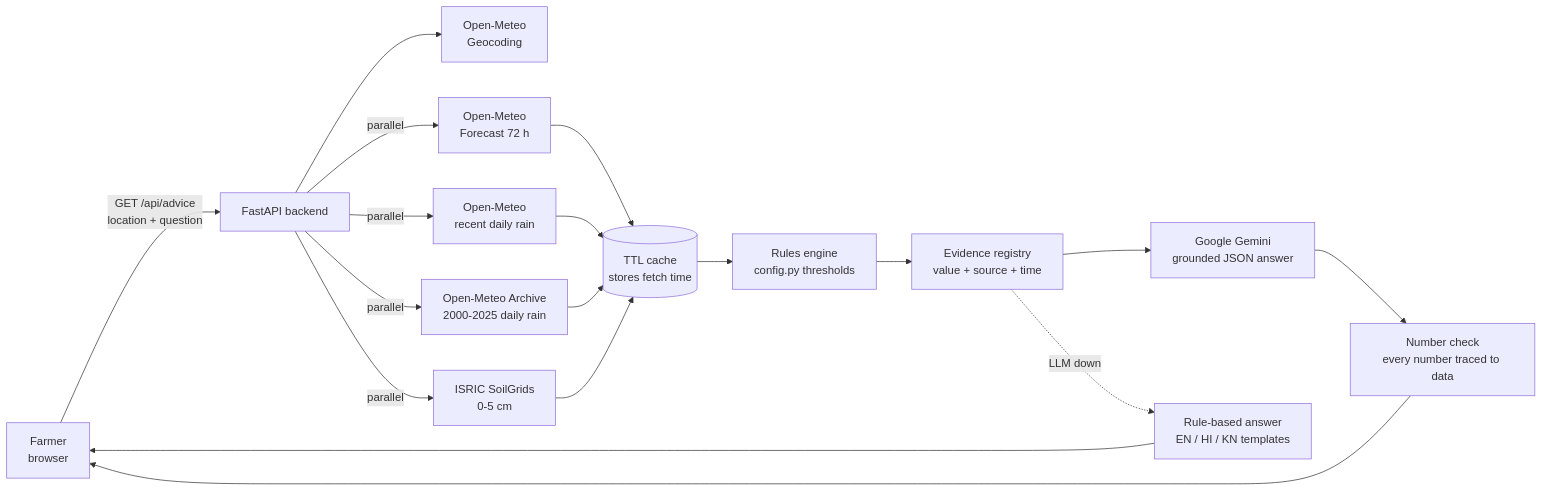
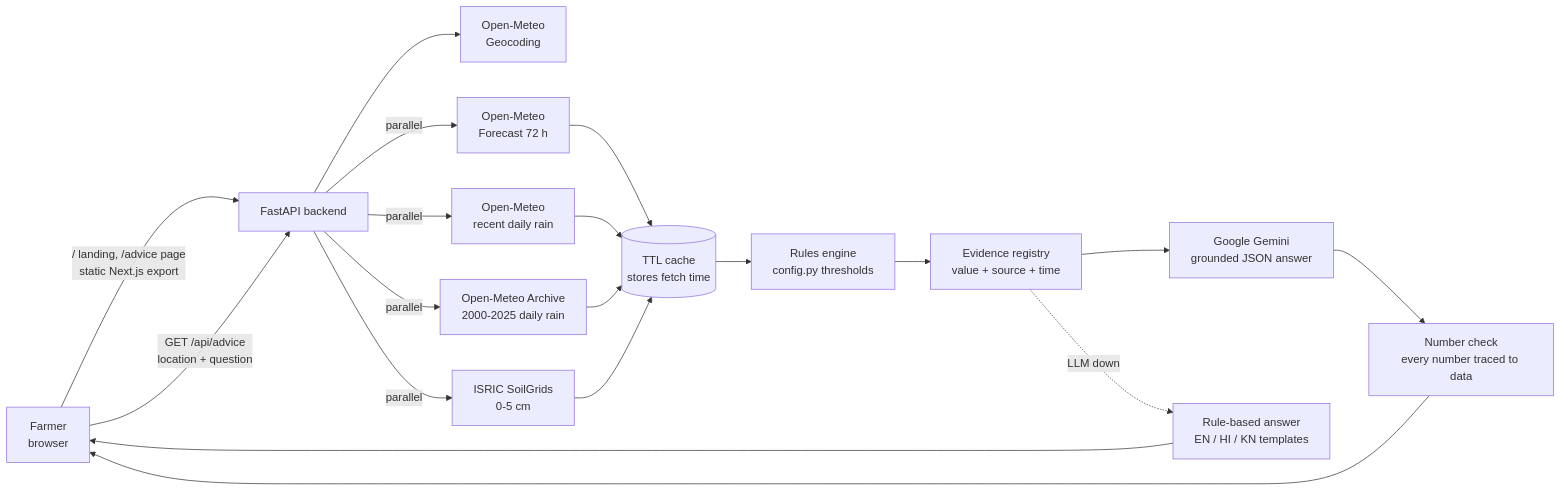
The diagram in README.md (Abhijith-Kannan-p/YieldGuard), drawn with Mermaid before and after one commit. The commit also changed other lines of this file and 36 other files, not shown here.

Commit message:
Add Next.js frontend and serve it from FastAPI

````diff
--- a/README.md
+++ b/README.md
@@ -21,17 +21,18 @@
 ```mermaid
 flowchart LR
-    U[Farmer<br/>browser] -->|GET /api/advice<br/>location + question| API[FastAPI backend]
+    U[Farmer<br/>browser] -->|"/" landing, /advice page<br/>static Next.js export| API[FastAPI backend]
+    U -->|GET /api/advice<br/>location + question| API
     API --> G[Open-Meteo<br/>Geocoding]
     API -->|parallel| F[Open-Meteo<br/>Forecast 72 h]
     API -->|parallel| M[Open-Meteo<br/>recent daily rain]
     API -->|parallel| A[Open-Meteo Archive<br/>2000-2025 daily rain]
     API -->|parallel| S[ISRIC SoilGrids<br/>0-5 cm]
     F & M & A & S --> C[(TTL cache<br/>stores fetch time)]
     C --> R[Rules engine<br/>config.py thresholds]
     R --> E[Evidence registry<br/>value + source + time]
     E --> L[Google Gemini<br/>grounded JSON answer]
     L --> V[Number check<br/>every number traced to data]
     E -.LLM down.-> FB[Rule-based answer<br/>EN / HI / KN templates]
     V --> U
     FB --> U
 ```
````
